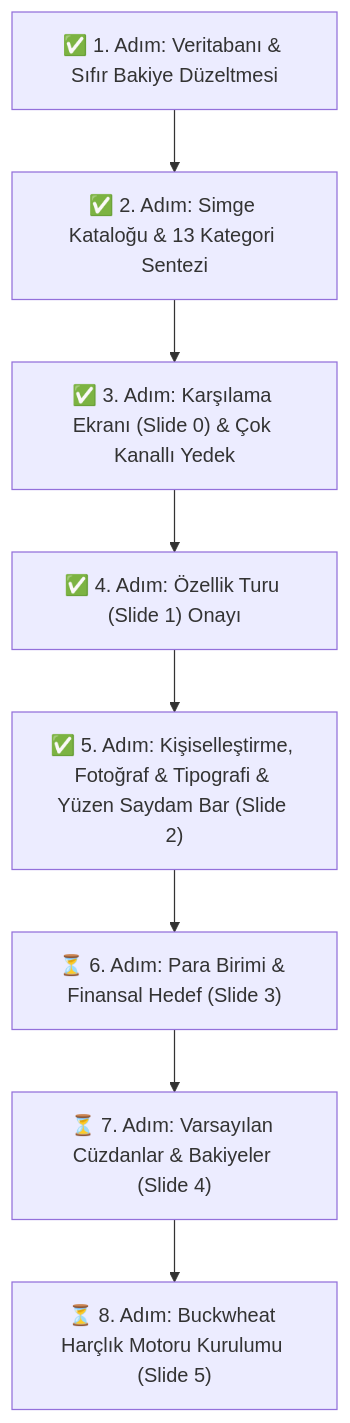
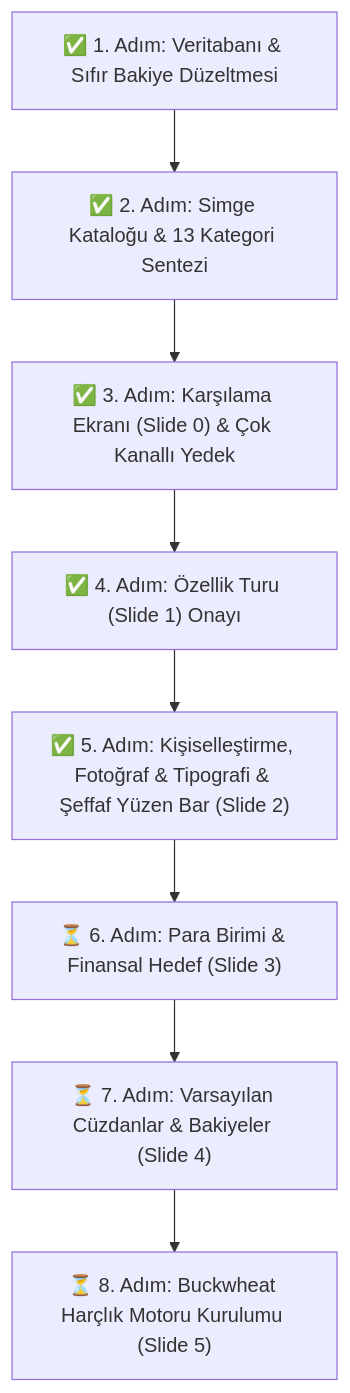
The third of 3 diagrams in DOCUMENTATION.md (mehmetsensoyme/TrioTrack), drawn with Mermaid before and after one commit. The commit also changed other lines of this file, not shown here.

````diff
--- a/DOCUMENTATION.md
+++ b/DOCUMENTATION.md
@@ -204,13 +203,13 @@
 ```mermaid
 flowchart TD
     Step1["✅ 1. Adım: Veritabanı & Sıfır Bakiye Düzeltmesi"]
     Step2["✅ 2. Adım: Simge Kataloğu & 13 Kategori Sentezi"]
     Step3["✅ 3. Adım: Karşılama Ekranı (Slide 0) & Çok Kanallı Yedek"]
     Step4["✅ 4. Adım: Özellik Turu (Slide 1) Onayı"]
-    Step5["✅ 5. Adım: Kişiselleştirme, Fotoğraf & Tipografi & Yüzen Saydam Bar (Slide 2)"]
+    Step5["✅ 5. Adım: Kişiselleştirme, Fotoğraf & Tipografi & Şeffaf Yüzen Bar (Slide 2)"]
     Step6["⏳ 6. Adım: Para Birimi & Finansal Hedef (Slide 3)"]
     Step7["⏳ 7. Adım: Varsayılan Cüzdanlar & Bakiyeler (Slide 4)"]
     Step8["⏳ 8. Adım: Buckwheat Harçlık Motoru Kurulumu (Slide 5)"]
     
     Step1 --> Step2 --> Step3 --> Step4 --> Step5 --> Step6 --> Step7 --> Step8
 ```
````
